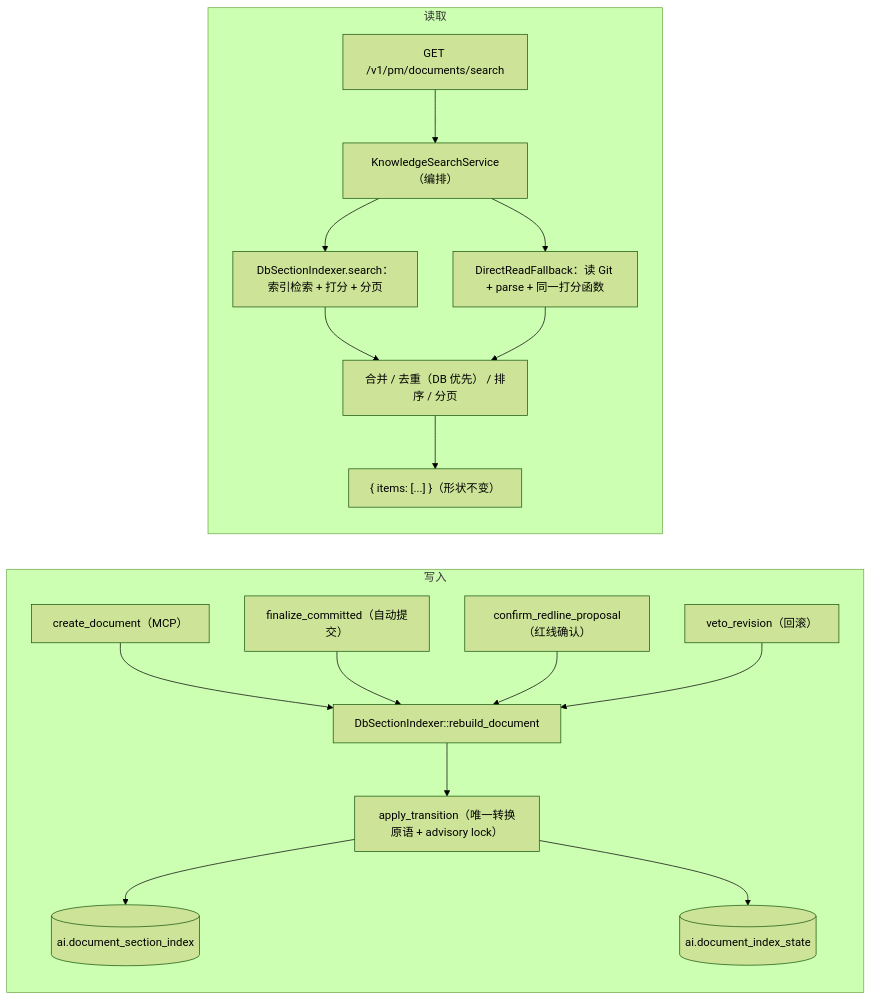
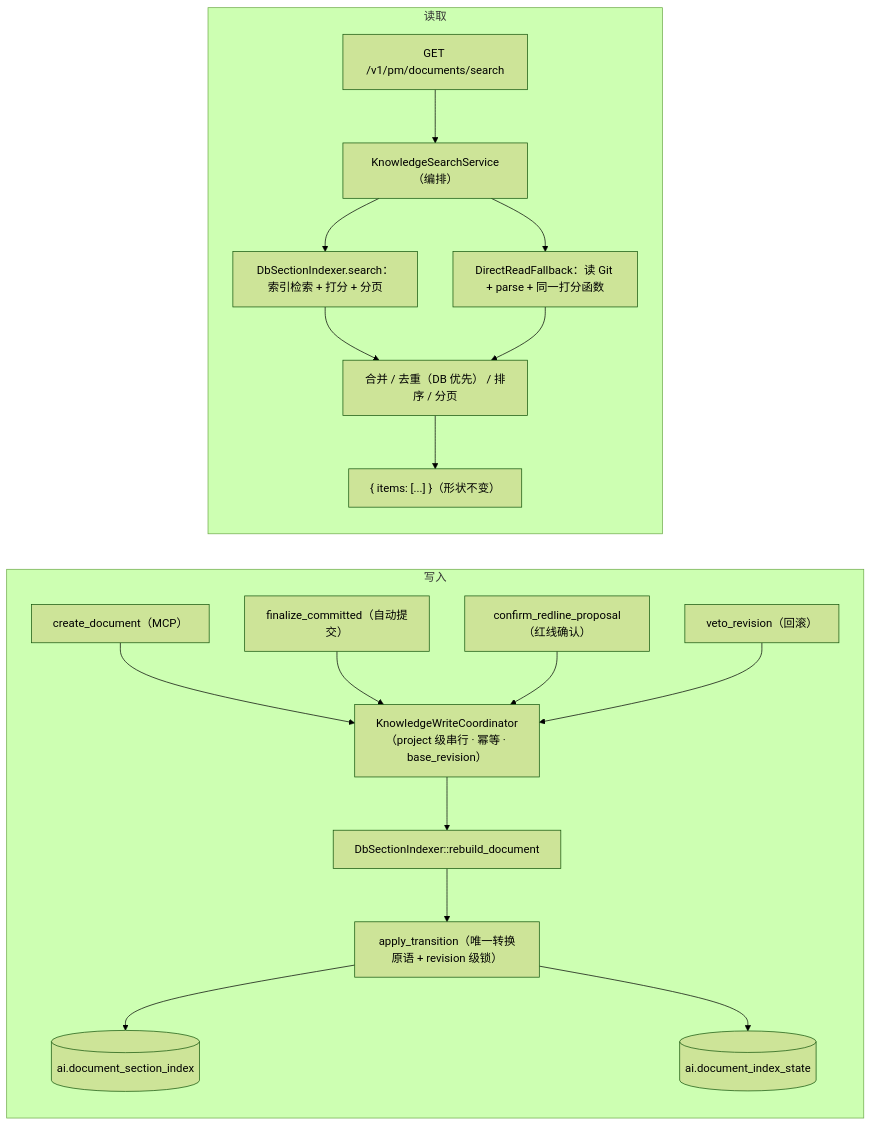
One commit to luqizheng/ai-pm changed the diagram in docs/ai-pm-t060-knowledge-index-v1.md. Above: the diagram before and after it, drawn with Mermaid (forest theme). The commit also changed other lines of this file, not shown here.

First line of the commit message:
docs(knowledge-index): T-060 设计稿 v1.3（Project 级写入协调与并发模型）

````diff
--- a/docs/ai-pm-t060-knowledge-index-v1.md
+++ b/docs/ai-pm-t060-knowledge-index-v1.md
@@ -92,20 +110,21 @@
 ```mermaid
 flowchart LR
   subgraph 写入
-    P1["create_document（MCP）"] --> RB
-    P2["finalize_committed（自动提交）"] --> RB
-    P3["confirm_redline_proposal（红线确认）"] --> RB
-    P4["veto_revision（回滚）"] --> RB
-    RB["DbSectionIndexer::rebuild_document"] --> TR["apply_transition（唯一转换原语 + advisory lock）"]
+    P1["create_document（MCP）"] --> CO
+    P2["finalize_committed（自动提交）"] --> CO
+    P3["confirm_redline_proposal（红线确认）"] --> CO
+    P4["veto_revision（回滚）"] --> CO
+    CO["KnowledgeWriteCoordinator（project 级串行 · 幂等 · base_revision）"] --> RB
+    RB["DbSectionIndexer::rebuild_document"] --> TR["apply_transition（唯一转换原语 + revision 级锁）"]
     TR --> T1[("ai.document_section_index")]
     TR --> T2[("ai.document_index_state")]
   end
   subgraph 读取
     Q["GET /v1/pm/documents/search"] --> S["KnowledgeSearchService（编排）"]
     S --> DB["DbSectionIndexer.search：索引检索 + 打分 + 分页"]
     S --> FB["DirectReadFallback：读 Git + parse + 同一打分函数"]
     DB --> M["合并 / 去重（DB 优先） / 排序 / 分页"]
     FB --> M
     M --> R["{ items: [...] }（形状不变）"]
   end
 ```
````
